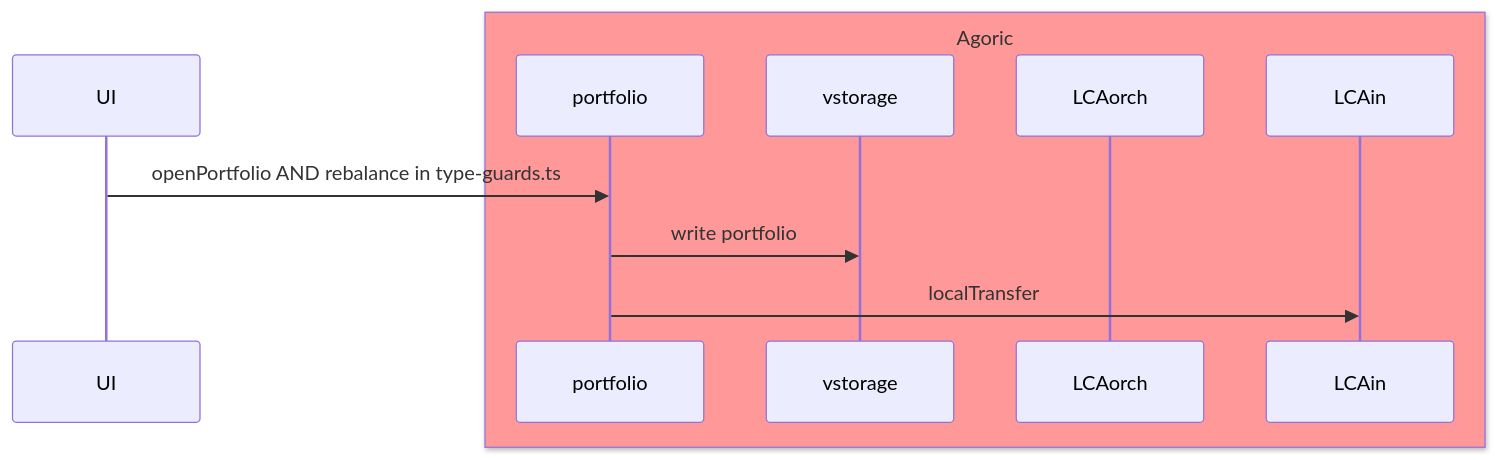
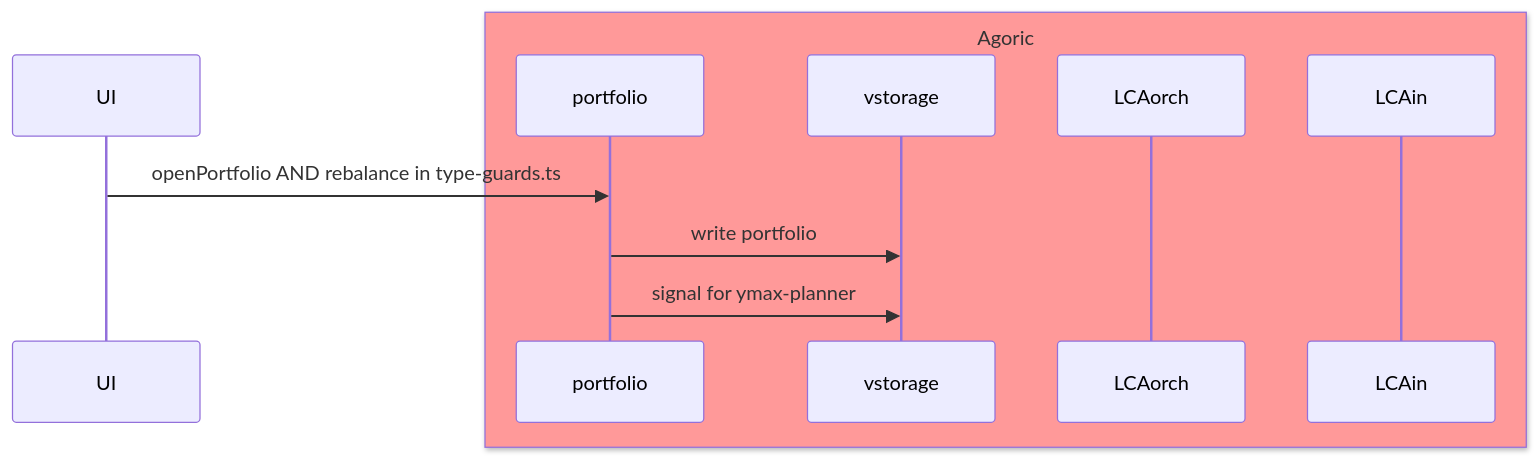
The fourth of 9 diagrams in packages/portfolio-contract/DESIGN-BETA.md (Agoric/agoric-sdk), drawn with Mermaid before and after one commit. The commit also changed other lines of this file, not shown here.

Commit message:
docs(portfolio-contract): incorporate single-flow and NFA into design

````diff
--- a/packages/portfolio-contract/DESIGN-BETA.md
+++ b/packages/portfolio-contract/DESIGN-BETA.md
@@ -65,14 +77,14 @@
 ```mermaid
 sequenceDiagram
   UI ->> portfolio: openPortfolio AND rebalance in type-guards.ts
 
   box rgb(255,153,153) Agoric
     participant portfolio
     participant vstorage
     participant LCAorch
     participant LCAin
   end
 
   portfolio ->> vstorage: write portfolio
-  portfolio ->> LCAin: localTransfer
+  portfolio ->> vstorage: signal for ymax-planner
 ```
````
